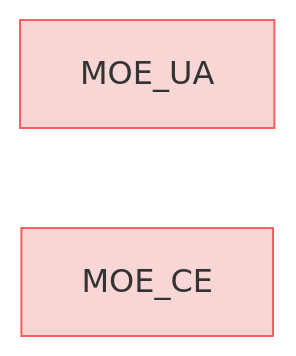
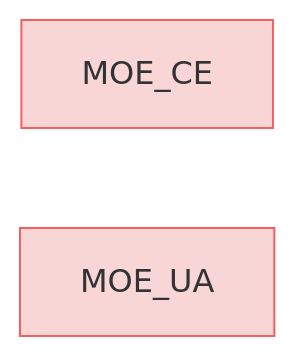
The diagram in specifications/MOEs.md (reqvire-org/reqvire), drawn with Mermaid before and after one commit. The commit also changed other lines of this file and 5 other files, not shown here.

Commit message:
Updates spec with diagrams

````diff
--- a/specifications/MOEs.md
+++ b/specifications/MOEs.md
@@ -4,15 +4,15 @@
 ```mermaid
 graph LR;
   %% Graph styling
   classDef requirement fill:#f9d6d6,stroke:#f55f5f,stroke-width:1px;
   classDef verification fill:#d6f9d6,stroke:#5fd75f,stroke-width:1px;
   classDef externalLink fill:#d0e0ff,stroke:#3080ff,stroke-width:1px;
   classDef default fill:#f5f5f5,stroke:#333333,stroke-width:1px;
 
+  b3f57e49f7["MOE_CE"];
+  click b3f57e49f7 "MOEs.md#moe_ce";
+  class b3f57e49f7 requirement;
   f6237e49f7["MOE_UA"];
   click f6237e49f7 "MOEs.md#moe_ua";
   class f6237e49f7 requirement;
-  b3f57e49f7["MOE_CE"];
-  click b3f57e49f7 "MOEs.md#moe_ce";
-  class b3f57e49f7 requirement;
 ```
````
